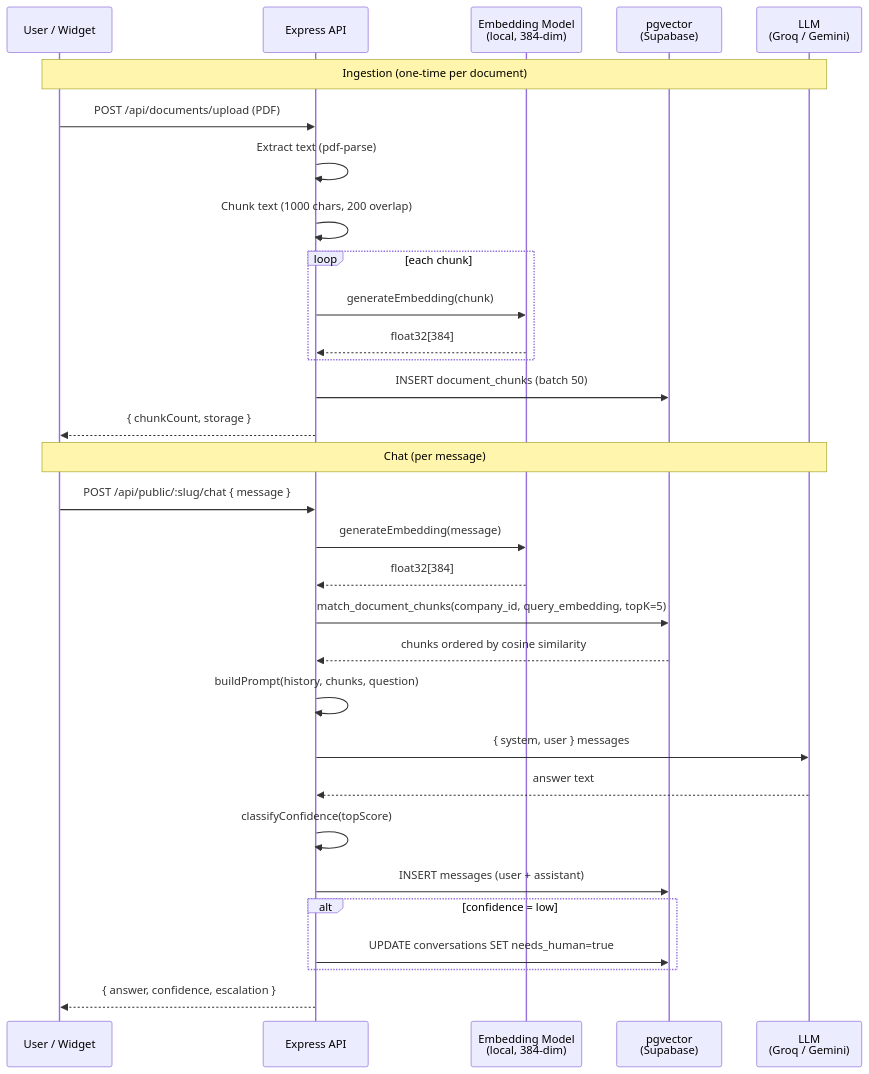
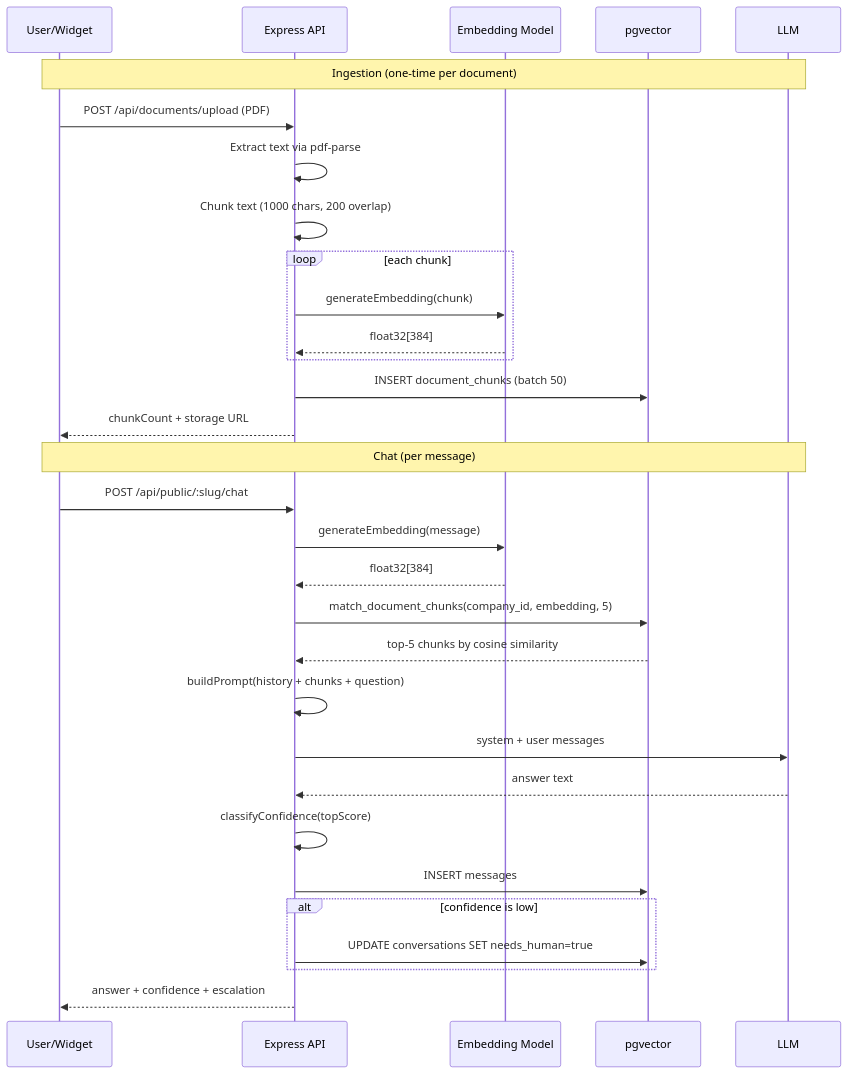
The second of 3 diagrams in README.md (Harsh-Pachauri/SupportBee), drawn with Mermaid before and after one commit. The commit also changed other lines of this file, not shown here.

Commit message:
feat: enhance README with clearer API and service descriptions

````diff
--- a/README.md
+++ b/README.md
@@ -120,35 +127,35 @@
 ```mermaid
 sequenceDiagram
-    participant U as User / Widget
+    participant U as User/Widget
     participant API as Express API
-    participant E as Embedding Model<br/>(local, 384-dim)
-    participant DB as pgvector<br/>(Supabase)
-    participant L as LLM<br/>(Groq / Gemini)
+    participant E as Embedding Model
+    participant DB as pgvector
+    participant L as LLM
 
     Note over U,L: Ingestion (one-time per document)
     U->>API: POST /api/documents/upload (PDF)
-    API->>API: Extract text (pdf-parse)
+    API->>API: Extract text via pdf-parse
     API->>API: Chunk text (1000 chars, 200 overlap)
     loop each chunk
         API->>E: generateEmbedding(chunk)
         E-->>API: float32[384]
     end
     API->>DB: INSERT document_chunks (batch 50)
-    API-->>U: { chunkCount, storage }
+    API-->>U: chunkCount + storage URL
 
     Note over U,L: Chat (per message)
-    U->>API: POST /api/public/:slug/chat { message }
+    U->>API: POST /api/public/:slug/chat
     API->>E: generateEmbedding(message)
     E-->>API: float32[384]
-    API->>DB: match_document_chunks(company_id, query_embedding, topK=5)
-    DB-->>API: chunks ordered by cosine similarity
-    API->>API: buildPrompt(history, chunks, question)
-    API->>L: { system, user } messages
+    API->>DB: match_document_chunks(company_id, embedding, 5)
+    DB-->>API: top-5 chunks by cosine similarity
+    API->>API: buildPrompt(history + chunks + question)
+    API->>L: system + user messages
     L-->>API: answer text
     API->>API: classifyConfidence(topScore)
-    API->>DB: INSERT messages (user + assistant)
-    alt confidence = low
+    API->>DB: INSERT messages
+    alt confidence is low
         API->>DB: UPDATE conversations SET needs_human=true
     end
-    API-->>U: { answer, confidence, escalation }
+    API-->>U: answer + confidence + escalation
 ```
````
